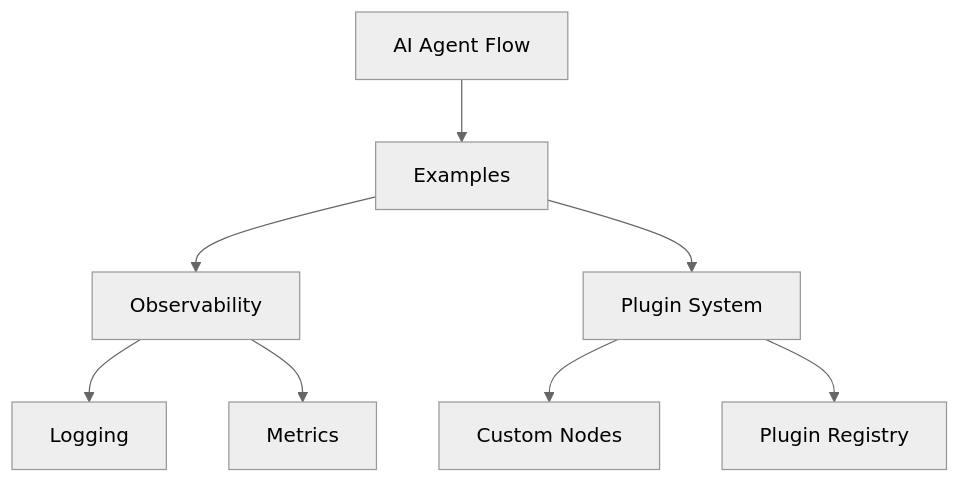
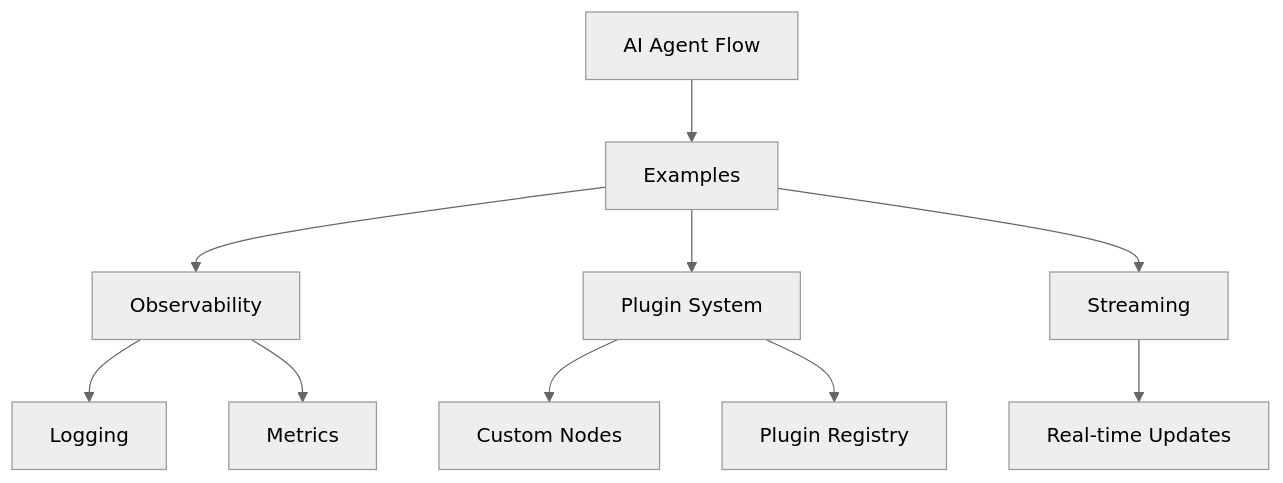
One commit to EunixTech/ai-agent-flow-examples changed the fourth of 4 diagrams in README.md. Above: the diagram before and after it, drawn with Mermaid (neutral theme). The commit also changed other lines of this file and 5 other files, not shown here.

Commit message:
Update streaming example and README files for real-time content display

````diff
--- a/README.md
+++ b/README.md
@@ -48,10 +73,12 @@
 ```mermaid
 graph TD
     A[AI Agent Flow] --> B[Examples]
     B --> C[Observability]
     B --> D[Plugin System]
-    C --> E[Logging]
-    C --> F[Metrics]
-    D --> G[Custom Nodes]
-    D --> H[Plugin Registry]
+    B --> E[Streaming]
+    C --> F[Logging]
+    C --> G[Metrics]
+    D --> H[Custom Nodes]
+    D --> I[Plugin Registry]
+    E --> J[Real-time Updates]
 ```
````
